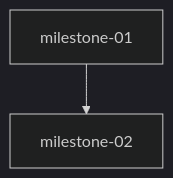
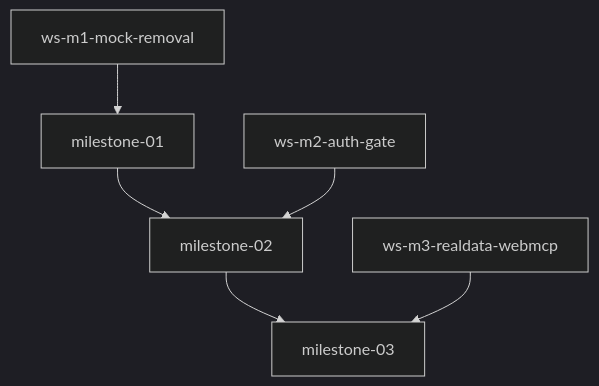
The diagram in .teamwork/plan.md (sujalmh/HealthBook), drawn with Mermaid (dark theme) before and after one commit. The commit also changed other lines of this file and 131 other files, not shown here.

````diff
--- a/.teamwork/plan.md
+++ b/.teamwork/plan.md
@@ -22,4 +44,8 @@
 ```mermaid
 graph TD
   milestone-01 --> milestone-02
+  milestone-02 --> milestone-03
+  ws-m1-mock-removal --> milestone-01
+  ws-m2-auth-gate --> milestone-02
+  ws-m3-realdata-webmcp --> milestone-03
 ```
````
